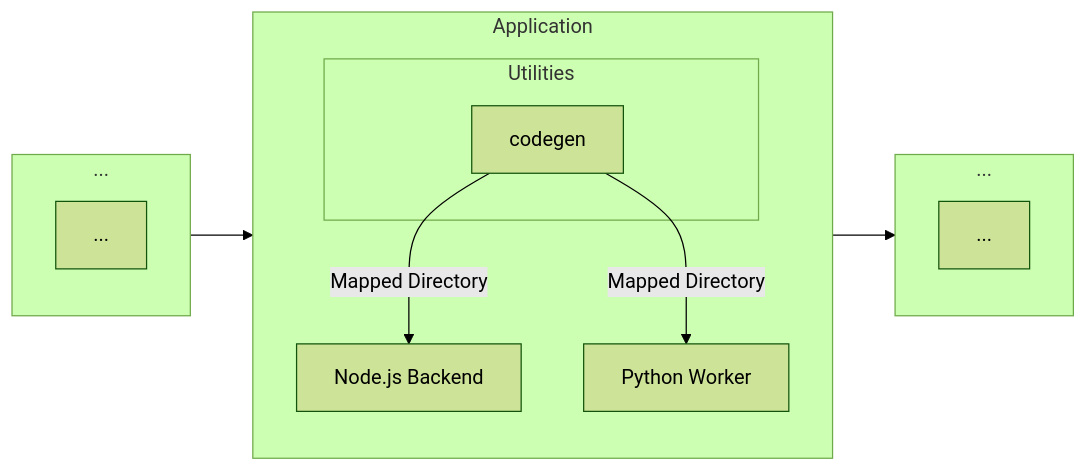
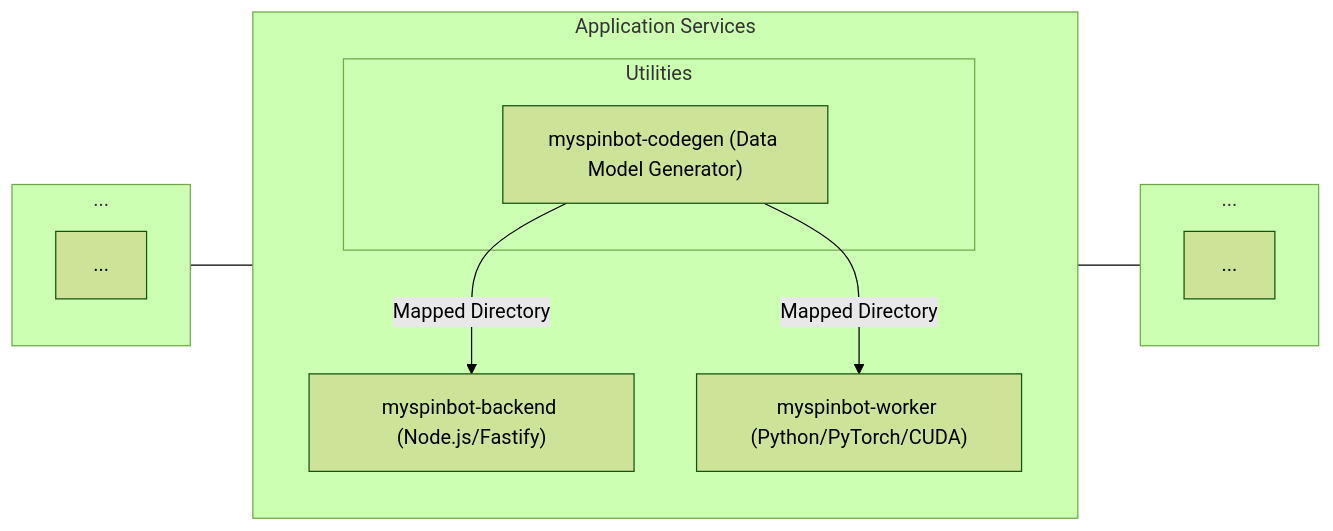
Before and after one commit to ktzevani/myspinbot: the fourth of 6 diagrams in docs/04_modular_breakdown.md, drawn with Mermaid (forest theme). The commit also changed other lines of this file, not shown here.

````diff
--- a/docs/04_modular_breakdown.md
+++ b/docs/04_modular_breakdown.md
@@ -131,20 +160,20 @@
 ```mermaid
 flowchart LR
-    subgraph Application
-        subgraph AppDevOps["Utilities"]
-            CodeGen["codegen"]
-        end
-        API["Node.js Backend"]
-        Worker["Python Worker"]
+    subgraph ApplicationServices[Application Services]
+      subgraph ApplicationUtilities["Utilities"]
+        CodeGen["myspinbot-codegen (Data Model Generator)"]
+      end
+      API["myspinbot-backend (Node.js/Fastify)"]
+      Worker["myspinbot-worker (Python/PyTorch/CUDA)"]
     end
     subgraph RestInfra1["..."]
         Rest1[...]
     end
     subgraph RestInfra2["..."]
         Rest2[...]
     end
-    RestInfra1 --> Application
-    Application --> RestInfra2
+    RestInfra1 --- ApplicationServices
+    ApplicationServices --- RestInfra2
     CodeGen -- Mapped Directory --> API
     CodeGen -- Mapped Directory --> Worker
 ```
````
